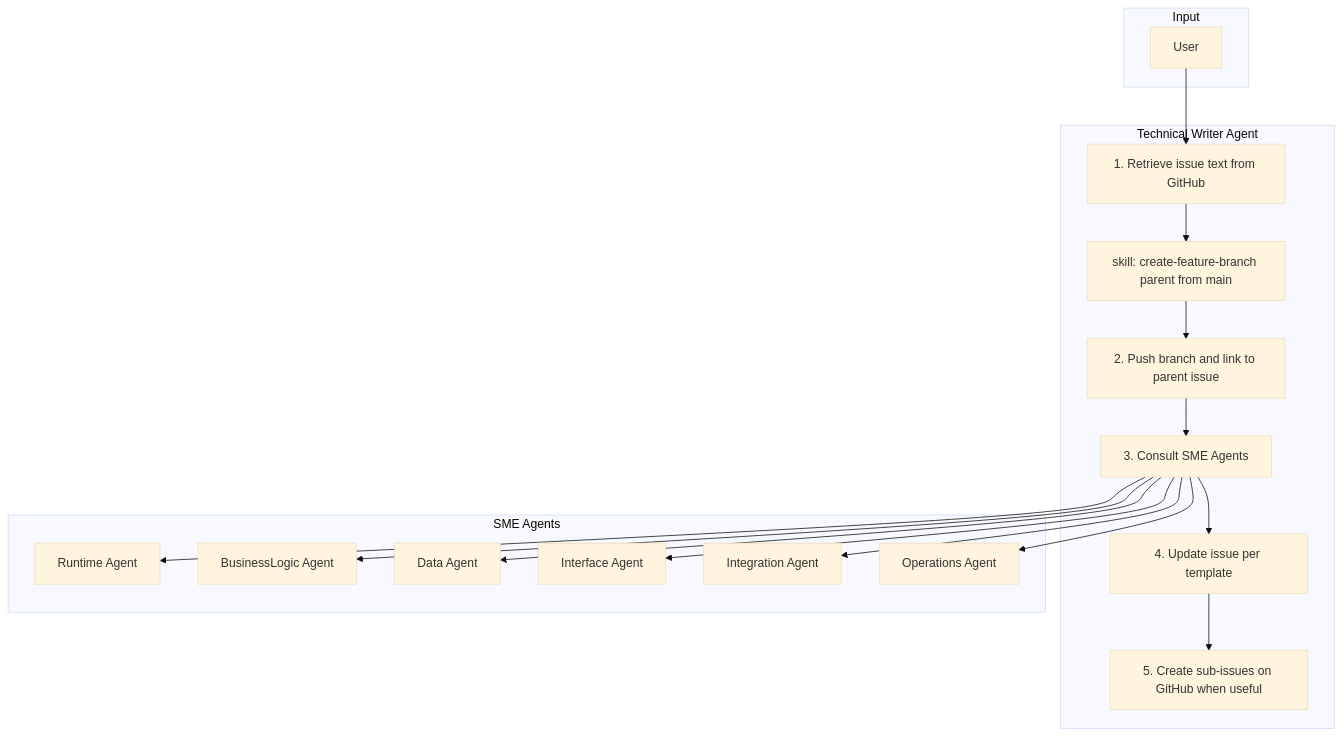
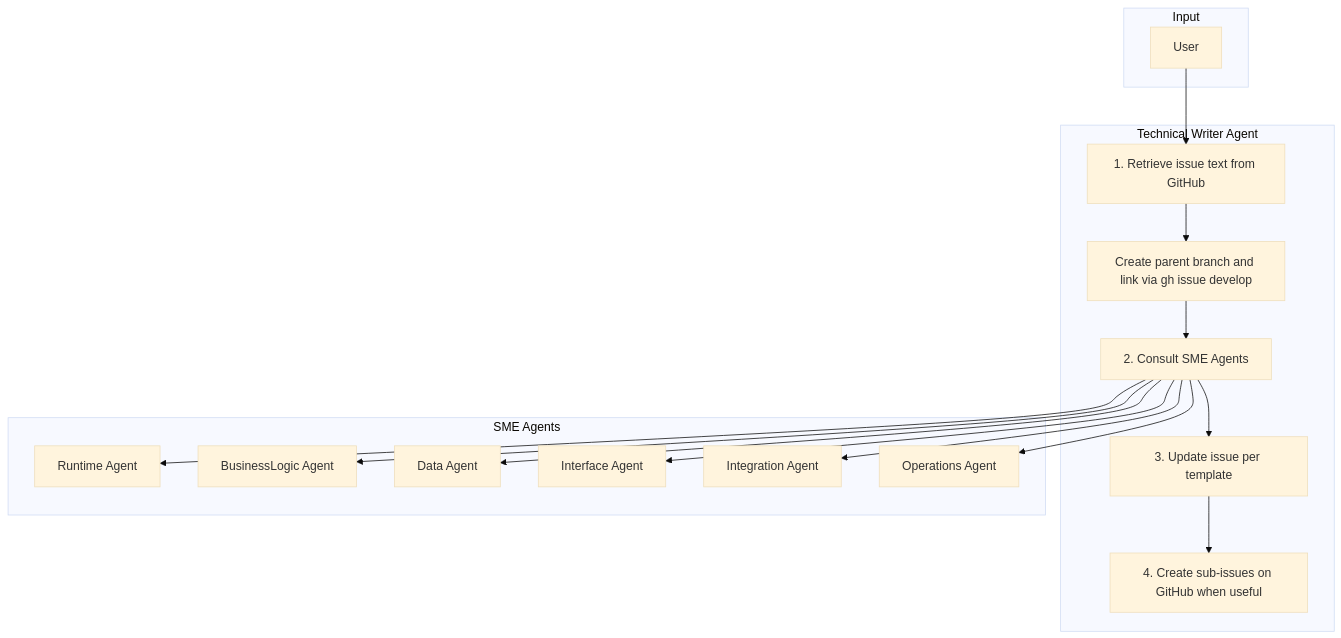
One commit to alto9/forge changed the diagram in docs/agents/tech-writer.md. Above: the diagram before and after it, drawn with Mermaid (base theme). The commit also changed other lines of this file and 7 other files, not shown here.

````diff
--- a/docs/agents/tech-writer.md
+++ b/docs/agents/tech-writer.md
@@ -13,37 +13,35 @@
 ```mermaid
 flowchart TD
     subgraph Input
         A[User]
     end
 
     subgraph TechnicalWriterAgent["Technical Writer Agent"]
         B[1. Retrieve issue text from GitHub]
-        C[skill: create-feature-branch parent from main]
-        P[2. Push branch and link to parent issue]
-        D[3. Consult SME Agents]
-        E[4. Update issue per template]
-        F[5. Create sub-issues on GitHub when useful]
+        C[Create parent branch and link via gh issue develop]
+        D[2. Consult SME Agents]
+        E[3. Update issue per template]
+        F[4. Create sub-issues on GitHub when useful]
     end
 
     subgraph SME["SME Agents"]
         H[Runtime Agent]
         I[BusinessLogic Agent]
         J[Data Agent]
         K[Interface Agent]
         L[Integration Agent]
         M[Operations Agent]
     end
 
     A --> B
     B --> C
-    C --> P
-    P --> D
+    C --> D
     D --> H
     D --> I
     D --> J
     D --> K
     D --> L
     D --> M
     D --> E
     E --> F
 ```
````
